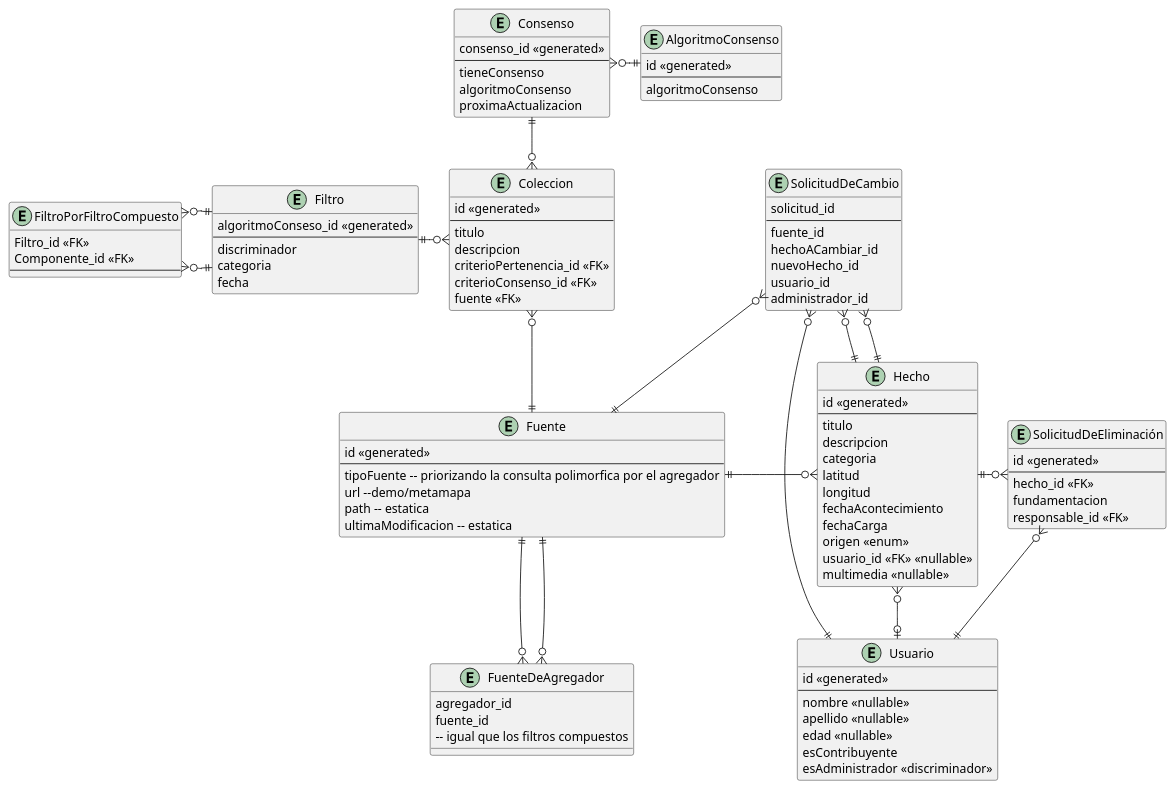
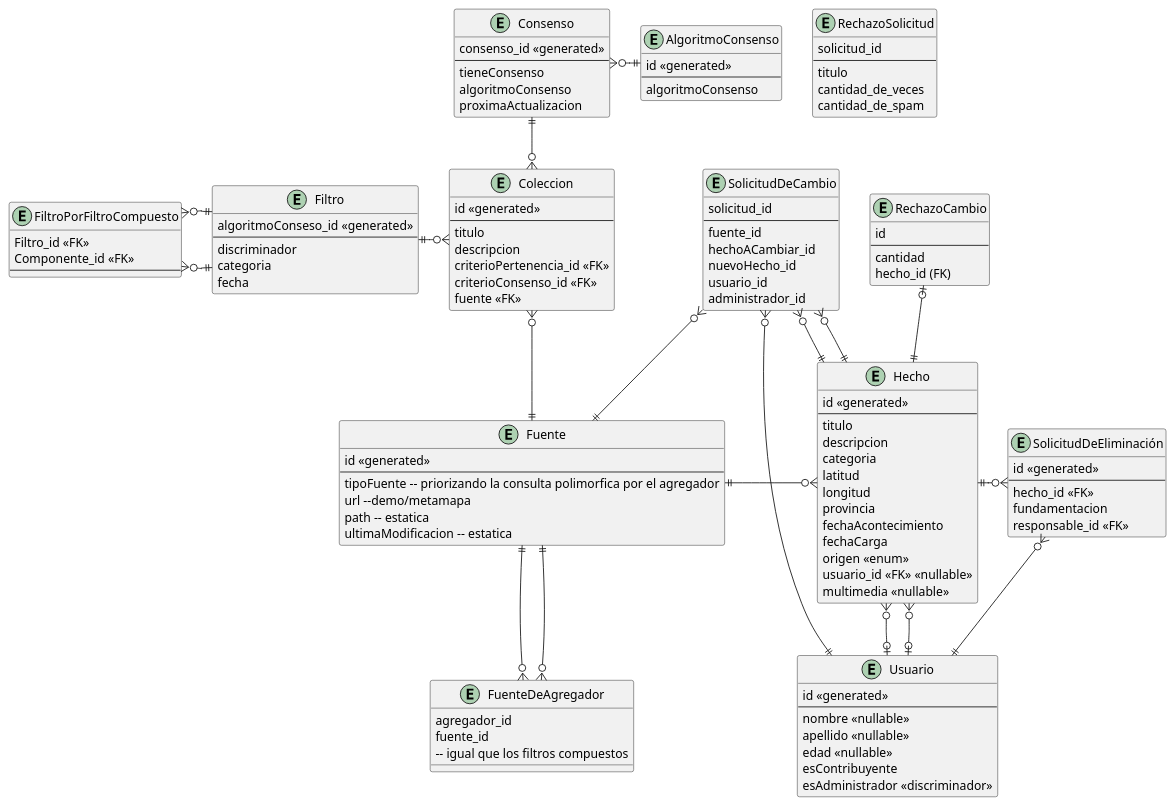
The diagram in diagramas/diagrama-relacional.puml (lrizzitano/Metamapa), drawn with PlantUML before and after one commit. The commit also changed 1 other file, not shown here.

Commit message:
sumo datita a diagrams

```diff
--- a/diagramas/diagrama-relacional.puml
+++ b/diagramas/diagrama-relacional.puml
@@ -1,124 +1,144 @@
 @startuml
 
 ' Single Table Usuario - Administrador
 entity Usuario {
     id <<generated>>
     --
     nombre <<nullable>>
     apellido <<nullable>>
     edad <<nullable>>
     esContribuyente
     esAdministrador <<discriminador>>
 }
 
 entity SolicitudDeEliminación {
     id <<generated>>
     --
     hecho_id <<FK>>
     fundamentacion
     responsable_id <<FK>>
 }
 
 entity Hecho {
     id <<generated>>
     --
     titulo
     descripcion
     categoria
     latitud
     longitud
+    provincia
     fechaAcontecimiento
     fechaCarga
     origen <<enum>>
     'Cambiar el nombre para diferenciarlo del de la clase??
     usuario_id <<FK>> <<nullable>>
     multimedia <<nullable>>
 }
 
 entity Coleccion {
     id <<generated>>
     --
     titulo
     descripcion
     criterioPertenencia_id <<FK>>
     criterioConsenso_id <<FK>>
     fuente <<FK>>
 }
 
 entity Consenso {
     consenso_id <<generated>>
     --
     tieneConsenso
     algoritmoConsenso
     proximaActualizacion
 }
 
 entity AlgoritmoConsenso {
     id <<generated>>
     --
     algoritmoConsenso
 }
 
 entity Filtro {
     algoritmoConseso_id <<generated>>
     --
     discriminador
     categoria
     fecha
 }
 
 entity FiltroPorFiltroCompuesto {
     Filtro_id <<FK>>
     Componente_id <<FK>>
     --
 }
 
 entity Fuente {
     id <<generated>>
     --
     tipoFuente -- priorizando la consulta polimorfica por el agregador
     url --demo/metamapa
     path -- estatica
     ultimaModificacion -- estatica
 }
 
 entity FuenteDeAgregador {
     agregador_id
     fuente_id
     -- igual que los filtros compuestos
 }
 
 entity SolicitudDeCambio {
     solicitud_id
     --
     fuente_id
     hechoACambiar_id
     nuevoHecho_id
     usuario_id
     administrador_id
 }
 
+entity RechazoSolicitud {
+    solicitud_id
+    --
+    titulo
+    cantidad_de_veces
+    cantidad_de_spam
+}
+
+
+entity RechazoCambio {
+    id
+    --
+    cantidad
+    hecho_id (FK)
+}
+
+RechazoCambio |o--||Hecho
+Hecho }o--o| Usuario
+
 SolicitudDeEliminación }o-left-|| Hecho
 SolicitudDeEliminación }o--|| Usuario
 Hecho }o--o| Usuario
 
 Coleccion }o-up-|| Consenso
 Coleccion }o-l-|| Filtro
 
 Fuente ||--o{ FuenteDeAgregador
 FuenteDeAgregador }o--|| Fuente
 Fuente ||-right-o{Hecho
 Fuente ||-left-o{ SolicitudDeCambio
 
 Filtro ||-l-o{ FiltroPorFiltroCompuesto
 Filtro ||--o{ FiltroPorFiltroCompuesto
 
 Consenso }o-right-|| AlgoritmoConsenso
 
 Coleccion }o--|| Fuente
 
 SolicitudDeCambio }o--||Hecho
 SolicitudDeCambio }o--||Hecho
 SolicitudDeCambio }o--||Usuario
 
 @enduml
```
